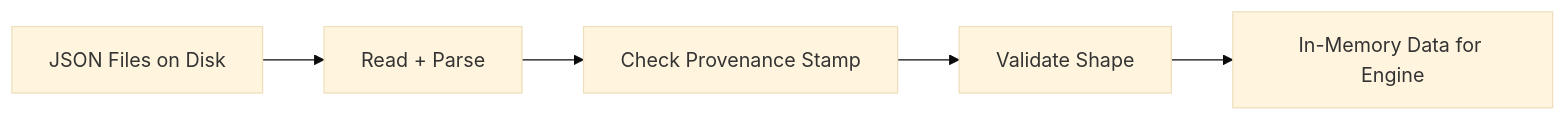
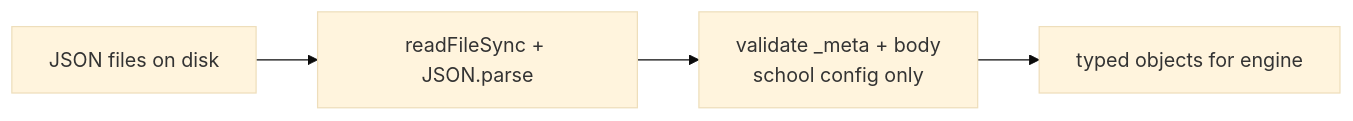
Before and after one commit to EdoardoMongardi/NYU_Path: the diagram in Docs/current-system/engine/data-loaders.md, drawn with Mermaid (base theme). The commit also changed other lines of this file and 73 other files, not shown here.

````diff
--- a/Docs/current-system/engine/data-loaders.md
+++ b/Docs/current-system/engine/data-loaders.md
@@ -7,7 +11,6 @@
 ```mermaid
 flowchart LR
-    Disk[JSON Files on Disk] --> Read[Read + Parse]
-    Read --> Verify[Check Provenance Stamp]
-    Verify --> Validate[Validate Shape]
-    Validate --> Memory[In-Memory Data for Engine]
+    Disk[JSON files on disk] --> Read[readFileSync + JSON.parse]
+    Read --> Validate[validate _meta + body<br/>school config only]
+    Validate --> Memory[typed objects for engine]
 ```
````
